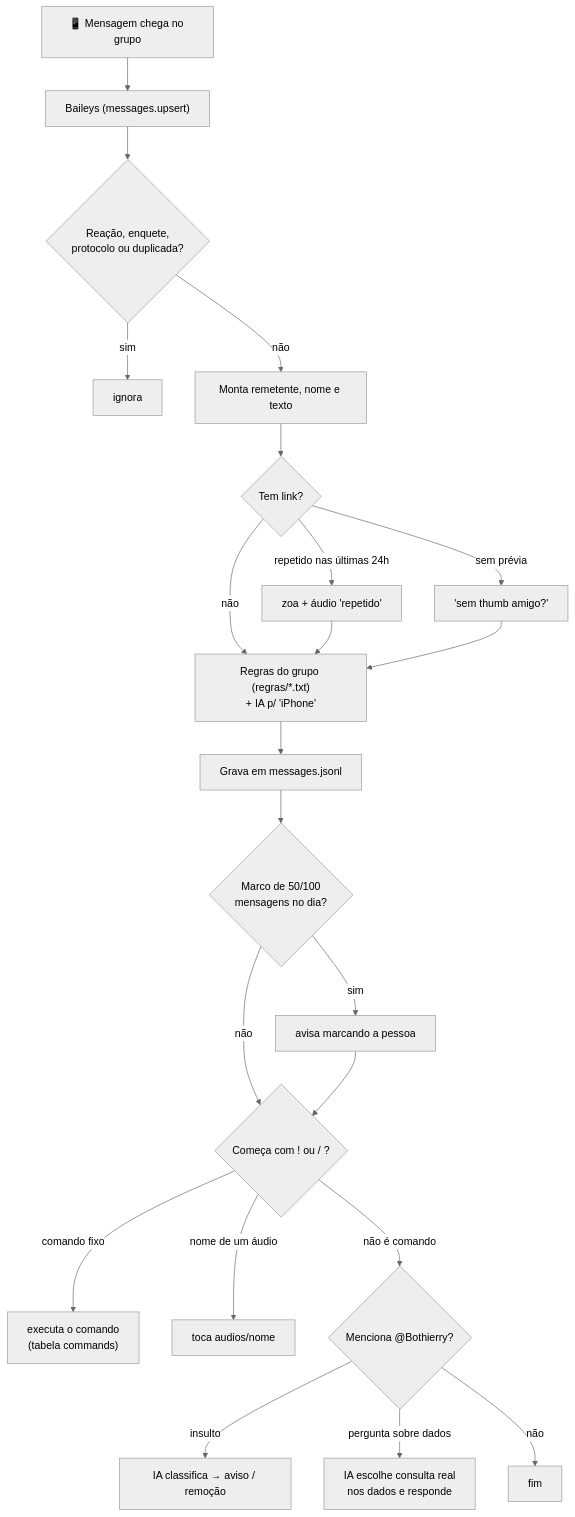
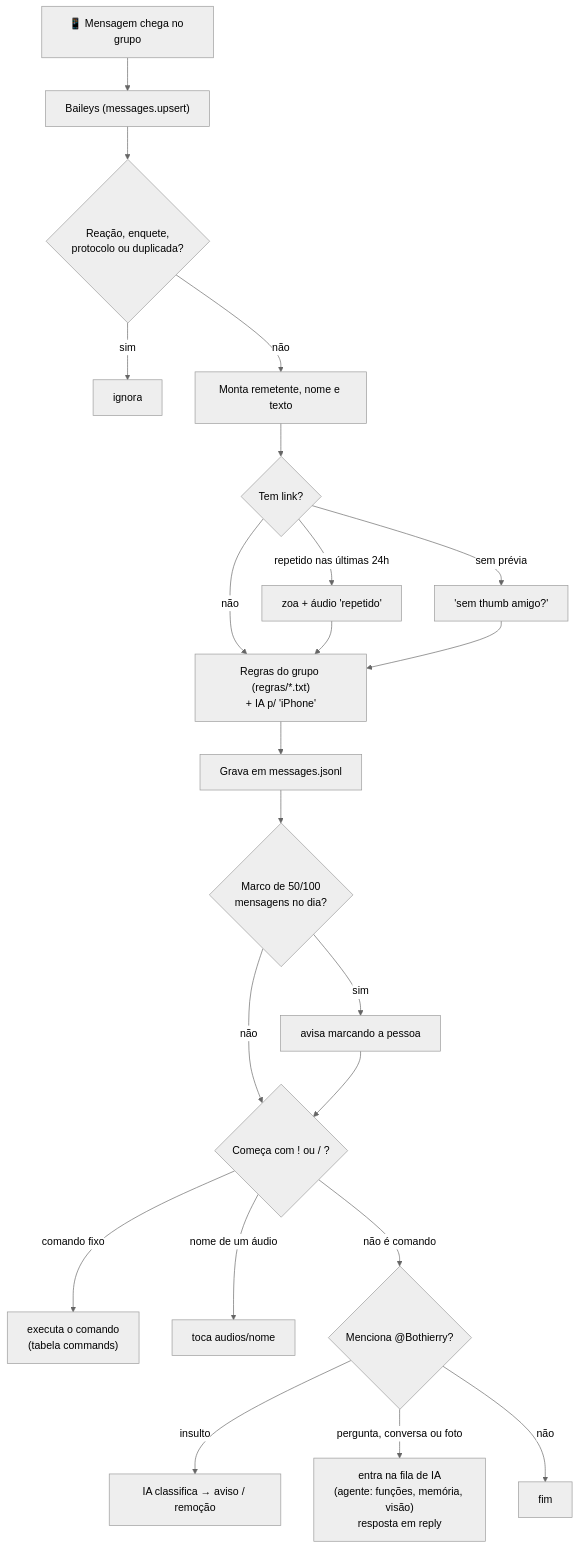
The second of 6 diagrams in README.md (jppaivasilva/bothierry), drawn with Mermaid (neutral theme) before and after one commit. The commit also changed other lines of this file and 2 other files, not shown here.

First line of the commit message:
README: infografico da infraestrutura e documentacao do agente, fila, memoria, lembretes e status de grupo (#85)

````diff
--- a/README.md
+++ b/README.md
@@ -88,24 +95,24 @@
 ```mermaid
 flowchart TD
     A["📱 Mensagem chega no grupo"] --> B["Baileys (messages.upsert)"]
     B --> C{"Reação, enquete,<br/>protocolo ou duplicada?"}
     C -->|sim| X["ignora"]
     C -->|não| D["Monta remetente, nome e texto"]
     D --> E{"Tem link?"}
     E -->|"repetido nas últimas 24h"| E1["zoa + áudio 'repetido'"]
     E -->|"sem prévia"| E2["'sem thumb amigo?'"]
     E -->|não| F
     E1 --> F
     E2 --> F
     F["Regras do grupo (regras/*.txt)<br/>+ IA p/ 'iPhone'"] --> G["Grava em messages.jsonl"]
     G --> H{"Marco de 50/100<br/>mensagens no dia?"}
     H -->|sim| H1["avisa marcando a pessoa"]
     H -->|não| I
     H1 --> I{"Começa com ! ou / ?"}
     I -->|"comando fixo"| J["executa o comando<br/>(tabela commands)"]
     I -->|"nome de um áudio"| K["toca audios/nome"]
     I -->|"não é comando"| L{"Menciona @Bothierry?"}
     L -->|"insulto"| L1["IA classifica → aviso / remoção"]
-    L -->|"pergunta sobre dados"| L2["IA escolhe consulta real<br/>nos dados e responde"]
+    L -->|"pergunta, conversa ou foto"| L2["entra na fila de IA<br/>(agente: funções, memória, visão)<br/>resposta em reply"]
     L -->|não| Z["fim"]
 ```
````
